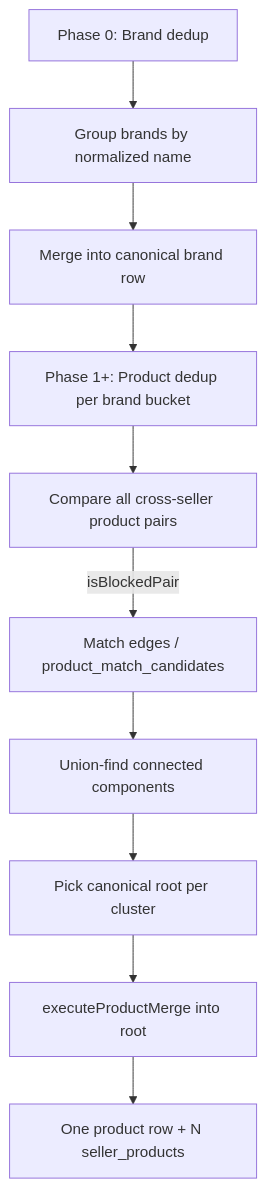
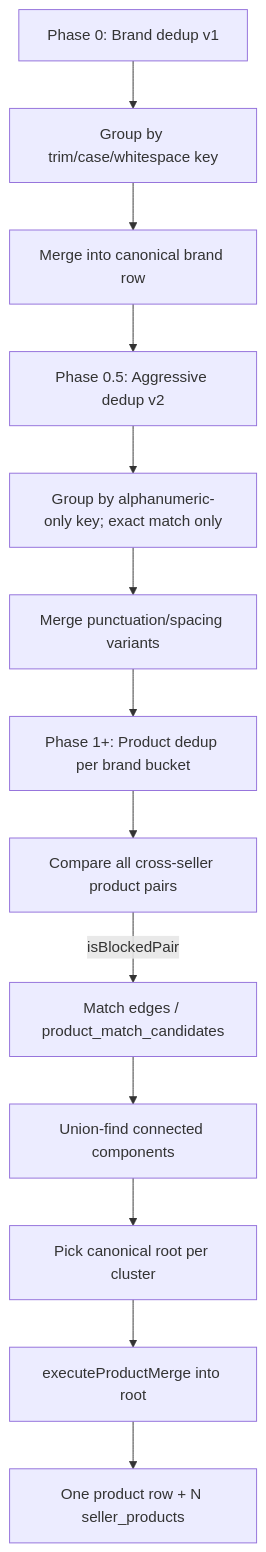
The diagram in implementationPlans/ALE-77-cross-retailer-product-deduplication-evaluation.md (alex-the-programmer/alexAndInseongWorkspace), drawn with Mermaid before and after one commit. The commit also changed other lines of this file, not shown here.

Commit message:
ALE-77 document brand v2 and multi-seller product dedup rollout results

````diff
--- a/implementationPlans/ALE-77-cross-retailer-product-deduplication-evaluation.md
+++ b/implementationPlans/ALE-77-cross-retailer-product-deduplication-evaluation.md
@@ -39,12 +39,15 @@
 ```mermaid
 flowchart TD
-  Z[Phase 0: Brand dedup] --> Z1[Group brands by normalized name]
+  Z[Phase 0: Brand dedup v1] --> Z1[Group by trim/case/whitespace key]
   Z1 --> Z2[Merge into canonical brand row]
-  Z2 --> A[Phase 1+: Product dedup per brand bucket]
+  Z2 --> Z25[Phase 0.5: Aggressive dedup v2]
+  Z25 --> Z3[Group by alphanumeric-only key; exact match only]
+  Z3 --> Z4[Merge punctuation/spacing variants]
+  Z4 --> A[Phase 1+: Product dedup per brand bucket]
   A --> B[Compare all cross-seller product pairs]
   B -->|isBlockedPair| C[Match edges / product_match_candidates]
   C --> D[Union-find connected components]
   D --> E[Pick canonical root per cluster]
   E --> F[executeProductMerge into root]
   F --> G[One product row + N seller_products]
 ```
````
